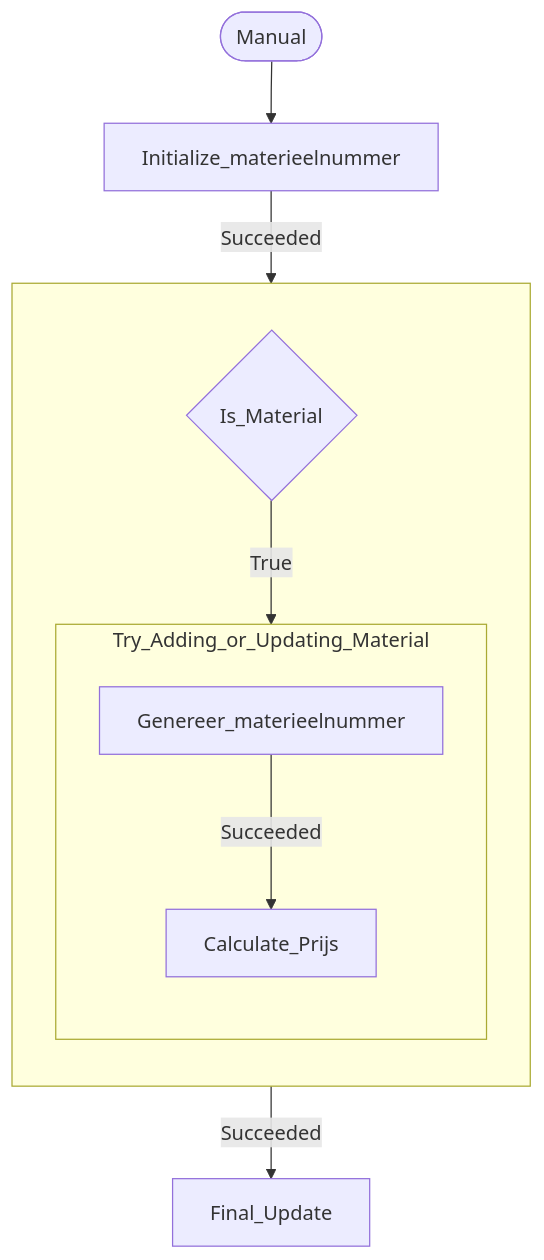
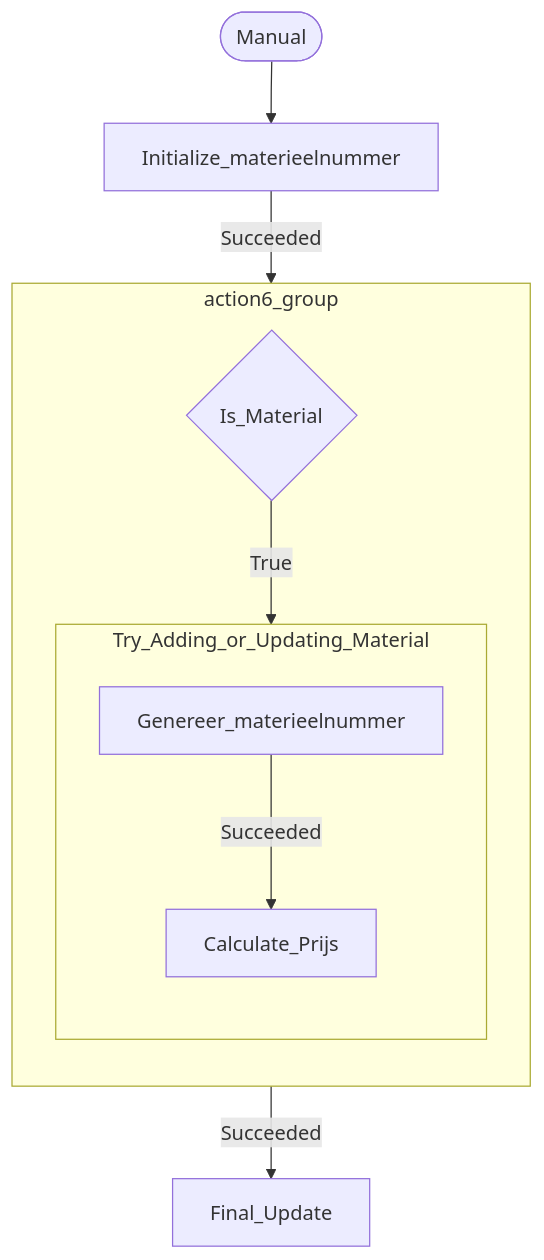
Before and after one commit to autosysops/PowerShell_PowerPlatformChecker: the diagram in tests/fixtures/expected/FlowChart.ScopeInIfFlow.expected.md, drawn with Mermaid. The commit also changed 80 other files, not shown here.

Commit message:
Added option to generate flowcharts for desktop flows and get information from power apps (model and canvas). Also added option to generate external diagrams.

```diff
--- a/tests/fixtures/expected/FlowChart.ScopeInIfFlow.expected.md
+++ b/tests/fixtures/expected/FlowChart.ScopeInIfFlow.expected.md
@@ -1,20 +1,20 @@
 :::mermaid
 flowchart TB
 action0(["Manual"])
 action1["Final_Update"]
 action2["Initialize_materieelnummer"]
-subgraph action6_group[" "]
+subgraph action6_group
 direction TB
 action6{"Is_Material"}
 subgraph action5_group["Try_Adding_or_Updating_Material"]
 direction TB
 action3["Calculate_Prijs"]
 action4["Genereer_materieelnummer"]
 action4 -- Succeeded --> action3
 end
 action6 -- True --> action5_group
 end
 action0 --> action2
 action2 -- Succeeded --> action6_group
 action6_group -- Succeeded --> action1
 :::
```
